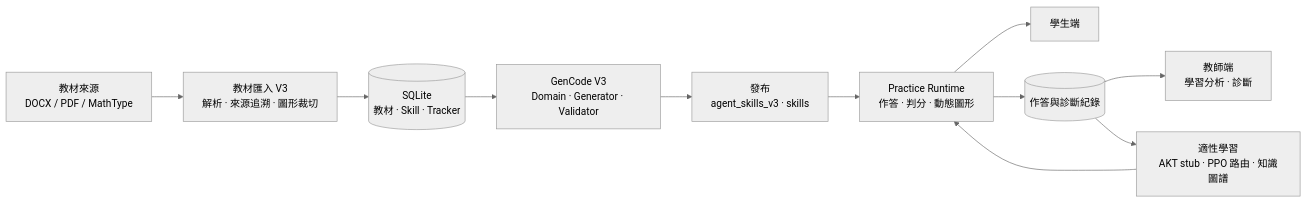
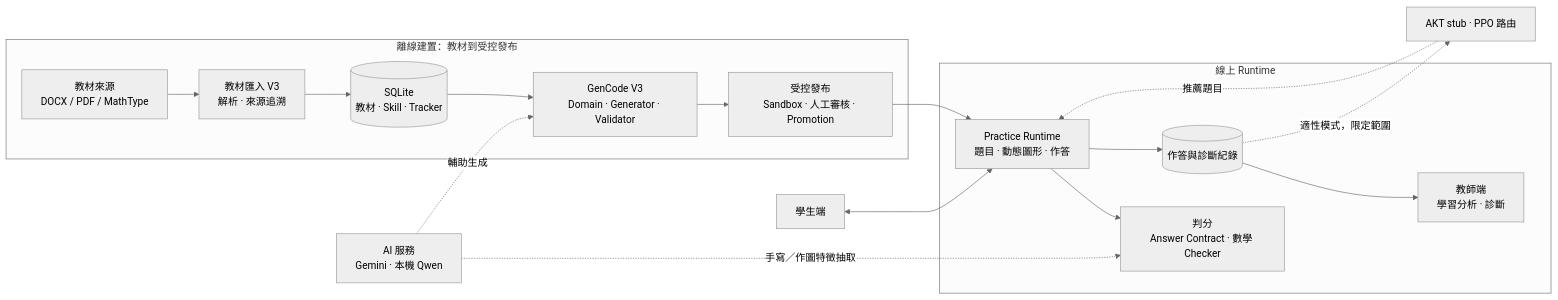
Before and after one commit to yyfsunnyboy/Mathproject_tvet_mathB: the first of 3 diagrams in README.md, drawn with Mermaid (neutral theme). The commit also changed other lines of this file and 3 other files, not shown here.

Commit message:
docs: finalize MathProject README and architecture showcase

````diff
--- a/README.md
+++ b/README.md
@@ -32,13 +76,24 @@
 ```mermaid
 flowchart LR
-    SRC["教材來源<br/>DOCX / PDF / MathType"] --> IMP["教材匯入 V3<br/>解析 · 來源追溯 · 圖形裁切"]
-    IMP --> DB[("SQLite<br/>教材 · Skill · Tracker")]
-    DB --> GEN["GenCode V3<br/>Domain · Generator · Validator"]
-    GEN --> PUB["發布<br/>agent_skills_v3 · skills"]
-    PUB --> RT["Practice Runtime<br/>作答 · 判分 · 動態圖形"]
-    RT --> STU["學生端"]
-    RT --> LOG[("作答與診斷紀錄")]
-    LOG --> TEA["教師端<br/>學習分析 · 診斷"]
-    LOG --> ADP["適性學習<br/>AKT stub · PPO 路由 · 知識圖譜"]
-    ADP --> RT
+    subgraph OFF["離線建置：教材到受控發布"]
+        SRC["教材來源<br/>DOCX / PDF / MathType"] --> IMP["教材匯入 V3<br/>解析 · 來源追溯"]
+        IMP --> DB[("SQLite<br/>教材 · Skill · Tracker")]
+        DB --> GEN["GenCode V3<br/>Domain · Generator · Validator"]
+        GEN --> PUB["受控發布<br/>Sandbox · 人工審核 · Promotion"]
+    end
+    subgraph ON["線上 Runtime"]
+        RT["Practice Runtime<br/>題目 · 動態圖形 · 作答"]
+        CHK["判分<br/>Answer Contract · 數學 Checker"]
+        LOG[("作答與診斷紀錄")]
+        TEA["教師端<br/>學習分析 · 診斷"]
+    end
+    PUB --> RT
+    STU["學生端"] <--> RT
+    RT --> CHK
+    RT --> LOG
+    LOG --> TEA
+    AI["AI 服務<br/>Gemini · 本機 Qwen"] -. 輔助生成 .-> GEN
+    AI -. 手寫／作圖特徵抽取 .-> CHK
+    LOG -. 適性模式，限定範圍 .-> ADP["AKT stub · PPO 路由"]
+    ADP -. 推薦題目 .-> RT
 ```
````
